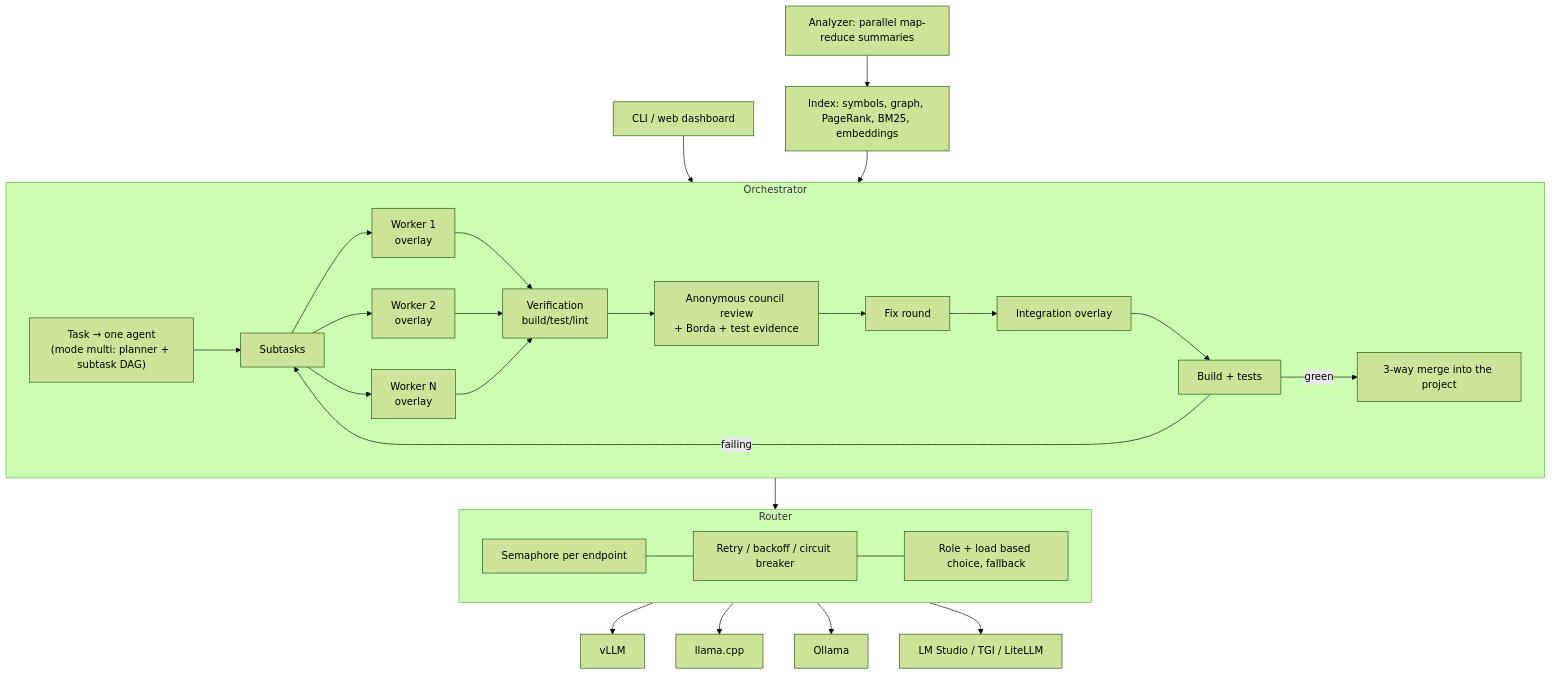
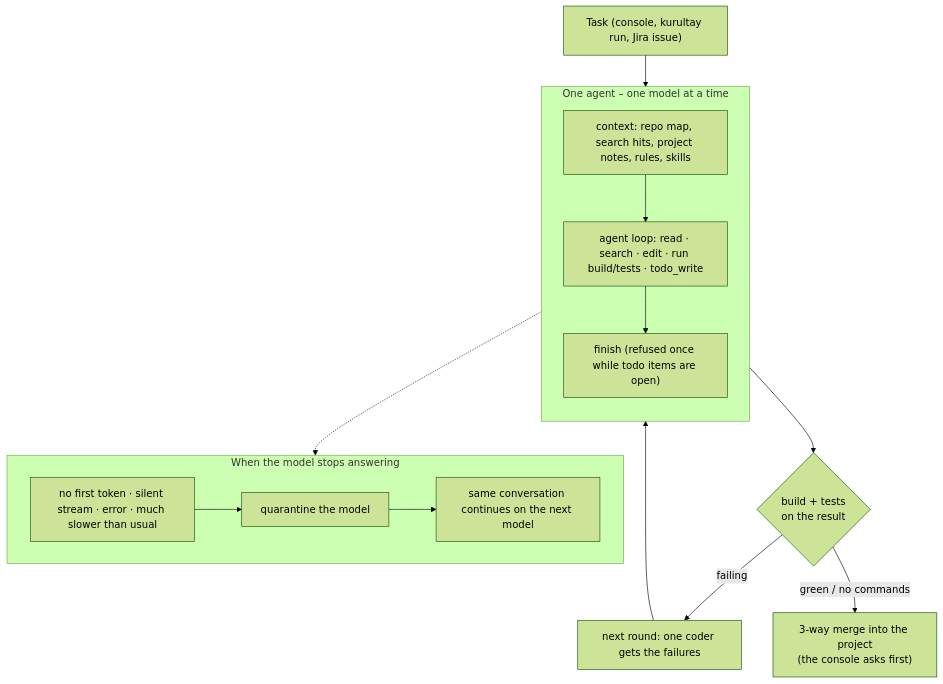
The diagram in README.md (ozknScalebor/kurultay), drawn with Mermaid (forest theme) before and after one commit. The commit also changed other lines of this file, not shown here.

First line of the commit message:
docs: README for the single-agent design, configuration reference

````diff
--- a/README.md
+++ b/README.md
@@ -49,23 +56,16 @@
 ```mermaid
 flowchart TB
-  CLI["CLI / web dashboard"] --> ORCH
-  subgraph ORCH[Orchestrator]
-    P["Task → one agent<br/>(mode multi: planner + subtask DAG)"] --> DAG["Subtasks"]
-    DAG --> W1["Worker 1<br/>overlay"]
-    DAG --> W2["Worker 2<br/>overlay"]
-    DAG --> W3["Worker N<br/>overlay"]
-    W1 & W2 & W3 --> V["Verification<br/>build/test/lint"]
-    V --> C["Anonymous council review<br/>+ Borda + test evidence"]
-    C --> FIX["Fix round"] --> INT["Integration overlay"]
-    INT --> V2["Build + tests"]
-    V2 -- failing --> DAG
-    V2 -- green --> MERGE["3-way merge into the project"]
+  T["Task (console, kurultay run, Jira issue)"] --> A
+  subgraph A["One agent – one model at a time"]
+    direction TB
+    C["context: repo map, search hits, project notes, rules, skills"] --> L["agent loop: read · search · edit · run build/tests · todo_write"]
+    L --> F["finish (refused once while todo items are open)"]
   end
-  ORCH --> R
-  subgraph R[Router]
-    S["Semaphore per endpoint"] --- CB["Retry / backoff / circuit breaker"] --- FB["Role + load based choice, fallback"]
+  A --> V{"build + tests<br/>on the result"}
+  V -- failing --> R["next round: one coder gets the failures"] --> A
+  V -- green / no commands --> M["3-way merge into the project<br/>(the console asks first)"]
+  subgraph FB["When the model stops answering"]
+    H["no first token · silent stream · error · much slower than usual"] --> Q["quarantine the model"] --> S["same conversation continues on the next model"]
   end
-  R --> E1["vLLM"] & E2["llama.cpp"] & E3["Ollama"] & E4["LM Studio / TGI / LiteLLM"]
-  IDX["Index: symbols, graph, PageRank, BM25, embeddings"] --> ORCH
-  AN["Analyzer: parallel map-reduce summaries"] --> IDX
+  A -.-> FB
 ```
````
